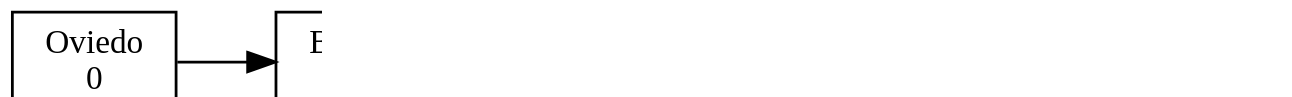
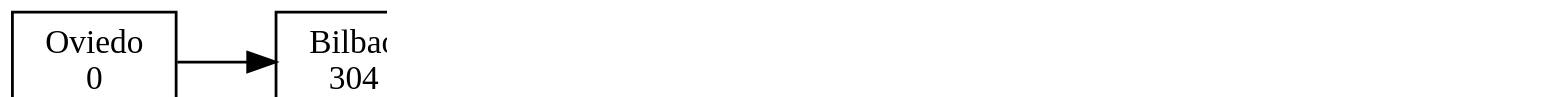
Before and after one commit to Pegre369/-EDD-Proyecto2_201701187_201706357: the diagram in [EDD]Proyecto2/Lista_Rutas2.dot, drawn with Graphviz. The commit also changed 17 other files, not shown here.

```diff
--- a/[EDD]Proyecto2/Lista_Rutas2.dot
+++ b/[EDD]Proyecto2/Lista_Rutas2.dot
@@ -1,20 +1,23 @@
 digraph G {
  rankdir=LR 
  node[shape=box];
 graph [ dpi = 300 ];
 Oviedo[ label = "Oviedo
 0", fontsize=12]; 
 Bilbao[ label = "Bilbao
 304", fontsize=12];
+Madrid[ label = "Madrid
+699", fontsize=12];
 Zaragoza[ label = "Zaragoza
-628", fontsize=12];
+324", fontsize=12];
 Barcelona[ label = "Barcelona
-924", fontsize=12];
+620", fontsize=12];
 Gerona[ label = "Gerona
 1024", fontsize=12];
 Oviedo->Bilbao;
-Bilbao->Zaragoza;
+Bilbao->Madrid;
+Madrid->Zaragoza;
 Zaragoza->Barcelona;
 Barcelona->Gerona;
 
 }
```
